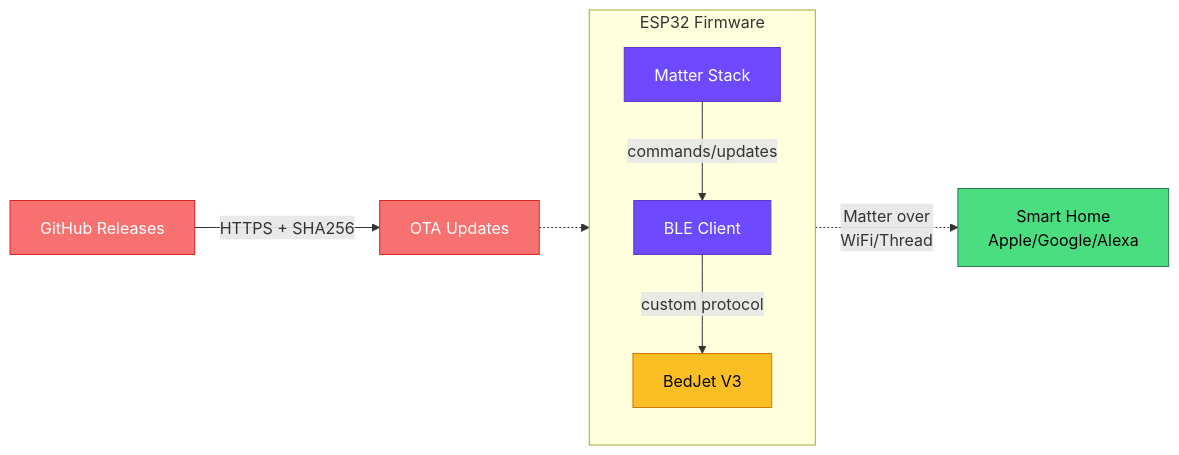
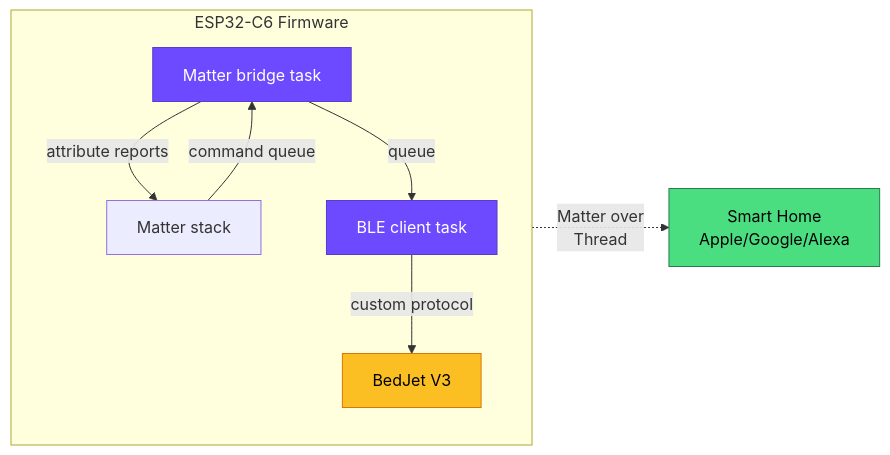
Before and after one commit to tfleck/bedjet-matter-bridge: the diagram in README.md, drawn with Mermaid. The commit also changed other lines of this file and 21 other files, not shown here.

````diff
--- a/README.md
+++ b/README.md
@@ -81,24 +283,20 @@
-```mermaid 
+```mermaid
 graph LR
-    subgraph ESP32 [ESP32 Firmware]
+    subgraph ESP32 [ESP32-C6 Firmware]
         direction TB
-        
-        Matter[Matter Stack] -->|commands/updates| BLE[BLE Client]
+        Bridge[Matter bridge task] -->|attribute reports| Matter[Matter stack]
+        Matter -->|command queue| Bridge
+        Bridge -->|queue| BLE[BLE client task]
         BLE -->|custom protocol| BedJet[BedJet V3]
     end
 
-    Matter -.->|Matter over<br/>WiFi/Thread| SmartHome[Smart Home<br/>Apple/Google/Alexa]
-    
-    GitHub[GitHub Releases] -->|HTTPS + SHA256| OTA[OTA Updates]
-    OTA -.-> ESP32
-    
+    Matter -.->|Matter over<br/>Thread| SmartHome[Smart Home<br/>Apple/Google/Alexa]
+
     classDef esp fill:#6d4aff,stroke:#5b3acc,color:white;
     classDef matter fill:#4ade80,stroke:#2d7a50,color:black;
     classDef bedjet fill:#fbbf24,stroke:#d97706,color:black;
-    classDef cloud fill:#f87171,stroke:#dc2626,color:white;
-    
-    class Matter,BLE esp
+
+    class Bridge,BLE esp
     class BedJet bedjet
     class SmartHome matter
-    class GitHub,OTA cloud
 ```
````
